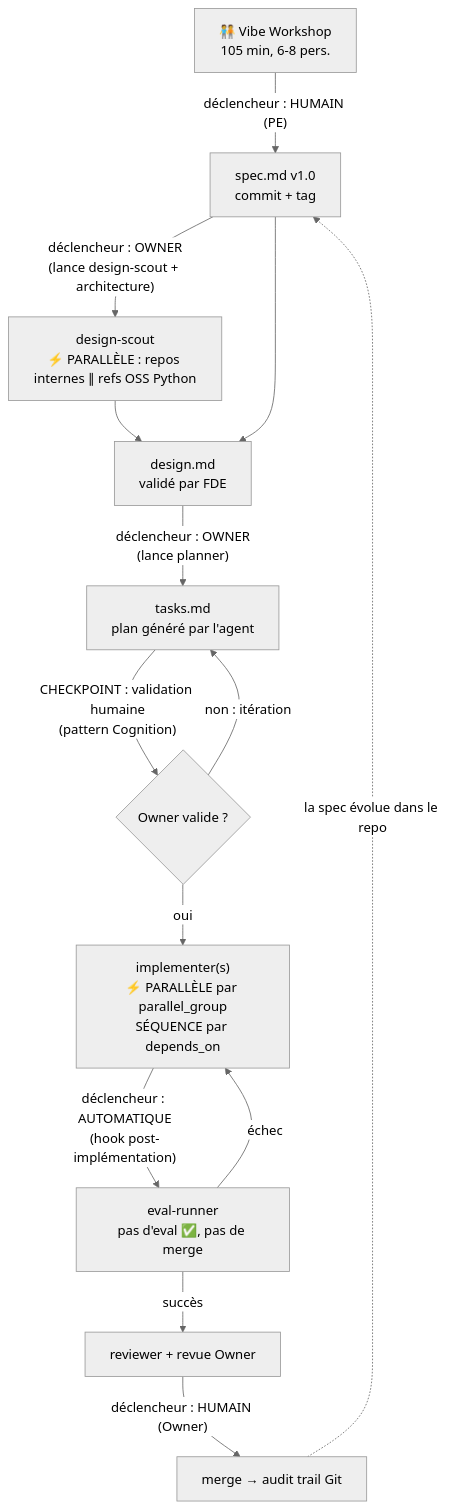
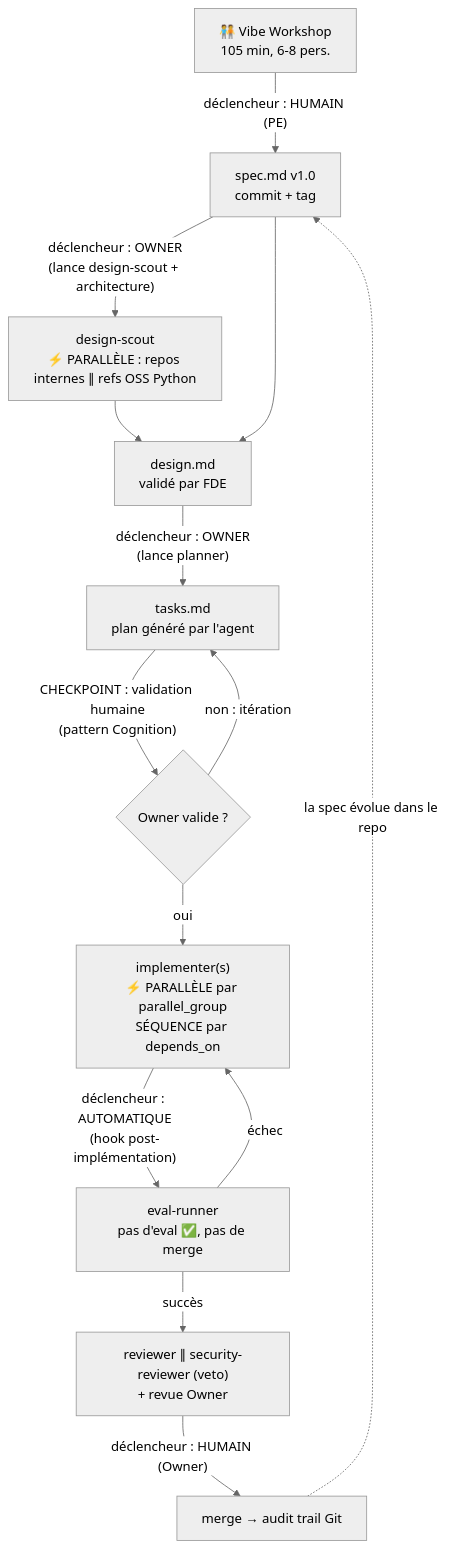
Before and after one commit to antoinelef23/Claudo: the diagram in README.md, drawn with Mermaid (neutral theme). The commit also changed other lines of this file and 25 other files, not shown here.

````diff
--- a/README.md
+++ b/README.md
@@ -30,16 +31,16 @@
 ```mermaid
 flowchart TD
     VW["🧑‍🤝‍🧑 Vibe Workshop<br/>105 min, 6-8 pers."] -->|"déclencheur : HUMAIN (PE)"| SPEC["spec.md v1.0<br/>commit + tag"]
     SPEC -->|"déclencheur : OWNER<br/>(lance design-scout + architecture)"| SCOUT["design-scout<br/>⚡ PARALLÈLE : repos internes ∥ refs OSS Python"]
     SCOUT --> DESIGN["design.md<br/>validé par FDE"]
     SPEC --> DESIGN
     DESIGN -->|"déclencheur : OWNER<br/>(lance planner)"| TASKS["tasks.md<br/>plan généré par l'agent"]
     TASKS -->|"CHECKPOINT : validation humaine<br/>(pattern Cognition)"| GO{Owner valide ?}
     GO -->|non : itération| TASKS
     GO -->|oui| IMPL["implementer(s)<br/>⚡ PARALLÈLE par parallel_group<br/>SÉQUENCE par depends_on"]
     IMPL -->|"déclencheur : AUTOMATIQUE<br/>(hook post-implémentation)"| EVAL["eval-runner<br/>pas d'eval ✅, pas de merge"]
     EVAL -->|échec| IMPL
-    EVAL -->|succès| REV["reviewer + revue Owner"]
+    EVAL -->|succès| REV["reviewer ∥ security-reviewer (veto)<br/>+ revue Owner"]
     REV -->|"déclencheur : HUMAIN (Owner)"| MERGE["merge → audit trail Git"]
     MERGE -.->|"la spec évolue dans le repo"| SPEC
 ```
````
